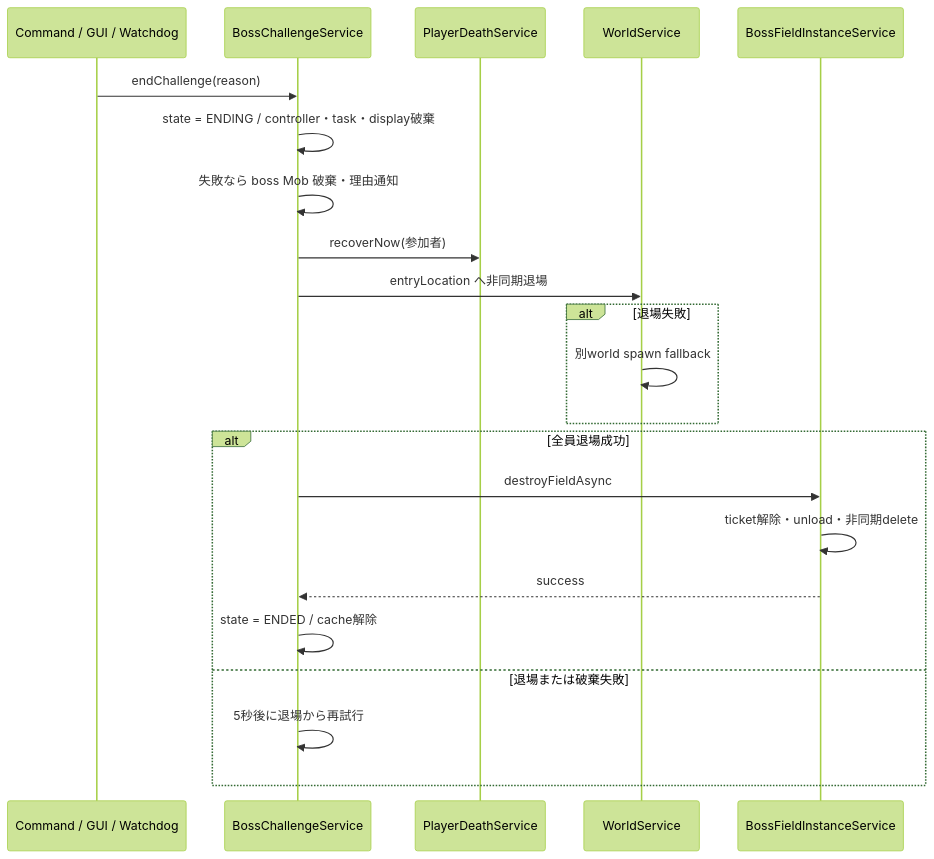
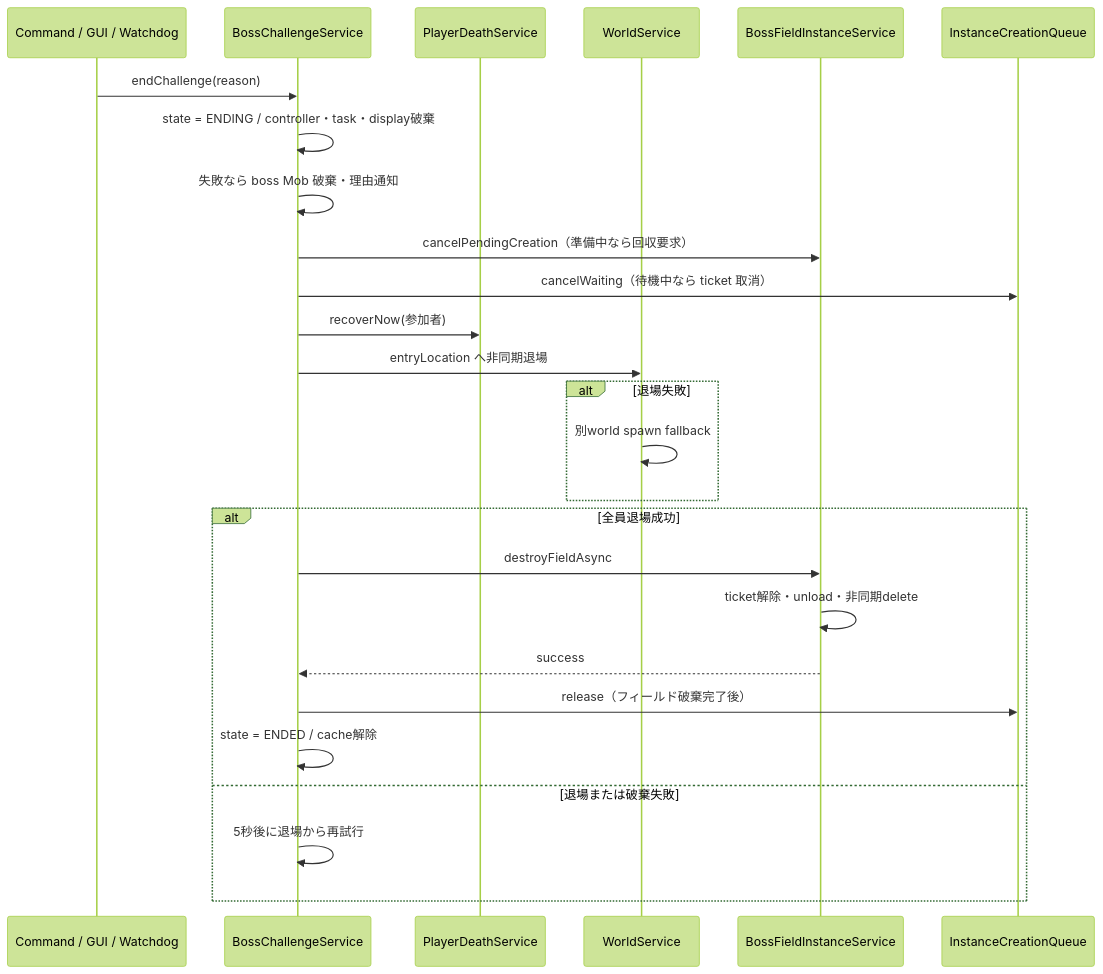
One commit to maaasu/AstralRecord-Workspace changed the fifth of 6 diagrams in 00_docs/10_Plugin設計書/feature/26-boss/26_4-統合フロー.md. Above: the diagram before and after it, drawn with Mermaid (forest theme). The commit also changed other lines of this file and 8 other files, not shown here.

````diff
--- a/00_docs/10_Plugin設計書/feature/26-boss/26_4-統合フロー.md
+++ b/00_docs/10_Plugin設計書/feature/26-boss/26_4-統合フロー.md
@@ -169,25 +177,29 @@
 ```mermaid
 sequenceDiagram
     participant C as Command / GUI / Watchdog
     participant B as BossChallengeService
     participant PDS as PlayerDeathService
     participant W as WorldService
     participant F as BossFieldInstanceService
+    participant Q as InstanceCreationQueue
 
     C->>B: endChallenge(reason)
     B->>B: state = ENDING / controller・task・display破棄
     B->>B: 失敗なら boss Mob 破棄・理由通知
+    B->>F: cancelPendingCreation（準備中なら回収要求）
+    B->>Q: cancelWaiting（待機中なら ticket 取消）
     B->>PDS: recoverNow(参加者)
     B->>W: entryLocation へ非同期退場
     alt 退場失敗
         W->>W: 別world spawn fallback
     end
     alt 全員退場成功
         B->>F: destroyFieldAsync
         F->>F: ticket解除・unload・非同期delete
         F-->>B: success
+        B->>Q: release（フィールド破棄完了後）
         B->>B: state = ENDED / cache解除
     else 退場または破棄失敗
         B->>B: 5秒後に退場から再試行
     end
 ```
````
